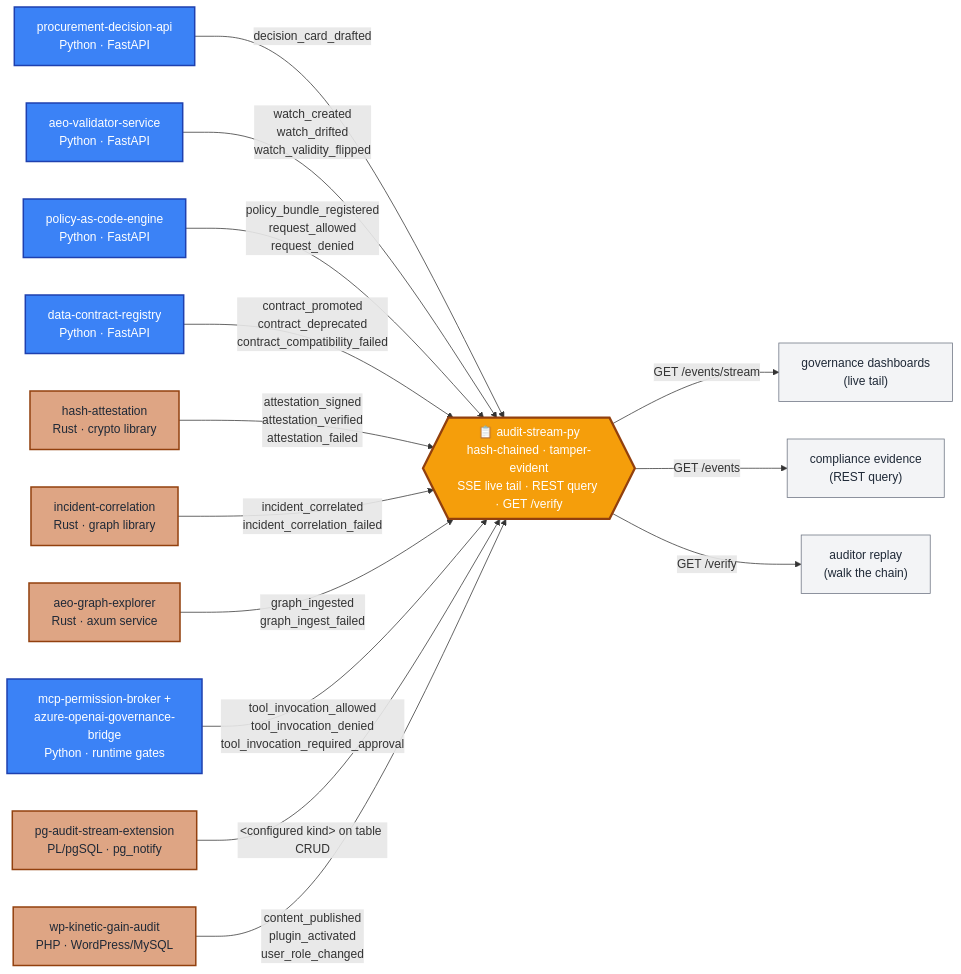
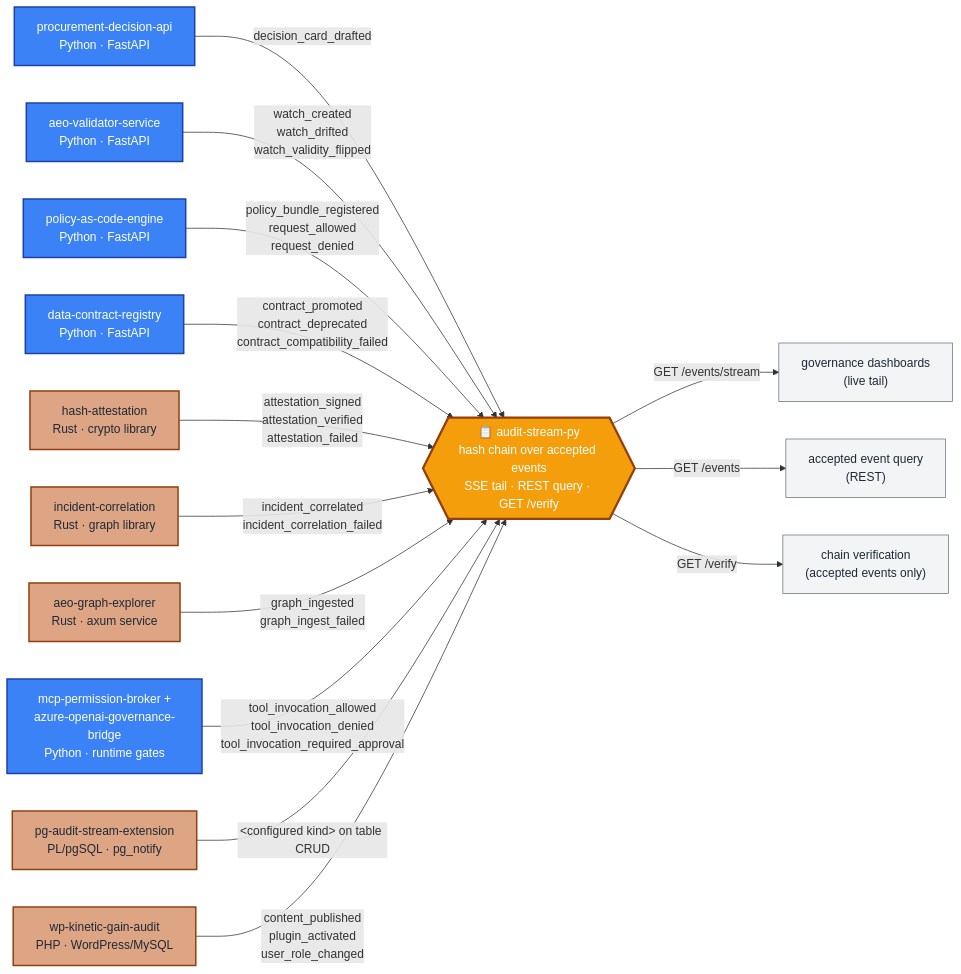
Before and after one commit to mizcausevic-dev/kinetic-gain-protocol-suite: the second of 2 diagrams in README.md, drawn with Mermaid. The commit also changed other lines of this file and 1 other file, not shown here.

````diff
--- a/README.md
+++ b/README.md
@@ -175,35 +175,35 @@
 ```mermaid
 flowchart LR
     classDef pyprod fill:#3b82f6,stroke:#1e40af,color:#fff,stroke-width:2px
     classDef rsprod fill:#dea584,stroke:#92400e,color:#1f2937,stroke-width:2px
     classDef spine fill:#f59e0b,stroke:#92400e,color:#fff,stroke-width:3px
     classDef sink fill:#f3f4f6,stroke:#6b7280,color:#1f2937
 
     PDA["procurement-decision-api<br/>Python · FastAPI"]:::pyprod
     AVS["aeo-validator-service<br/>Python · FastAPI"]:::pyprod
     PCE["policy-as-code-engine<br/>Python · FastAPI"]:::pyprod
     DCR["data-contract-registry<br/>Python · FastAPI"]:::pyprod
     HA["hash-attestation<br/>Rust · crypto library"]:::rsprod
     ICR["incident-correlation<br/>Rust · graph library"]:::rsprod
     AGE["aeo-graph-explorer<br/>Rust · axum service"]:::rsprod
     MPB["mcp-permission-broker +<br/>azure-openai-governance-bridge<br/>Python · runtime gates"]:::pyprod
     PGX["pg-audit-stream-extension<br/>PL/pgSQL · pg_notify"]:::rsprod
     WPA["wp-kinetic-gain-audit<br/>PHP · WordPress/MySQL"]:::rsprod
 
     PDA -->|"decision_card_drafted"| AS
     AVS -->|"watch_created<br/>watch_drifted<br/>watch_validity_flipped"| AS
     PCE -->|"policy_bundle_registered<br/>request_allowed<br/>request_denied"| AS
     DCR -->|"contract_promoted<br/>contract_deprecated<br/>contract_compatibility_failed"| AS
     HA -->|"attestation_signed<br/>attestation_verified<br/>attestation_failed"| AS
     ICR -->|"incident_correlated<br/>incident_correlation_failed"| AS
     AGE -->|"graph_ingested<br/>graph_ingest_failed"| AS
     MPB -->|"tool_invocation_allowed<br/>tool_invocation_denied<br/>tool_invocation_required_approval"| AS
     PGX -->|"&lt;configured kind&gt; on table CRUD"| AS
     WPA -->|"content_published<br/>plugin_activated<br/>user_role_changed"| AS
 
-    AS{{"📋 audit-stream-py<br/>hash-chained · tamper-evident<br/>SSE live tail · REST query · GET /verify"}}:::spine
+    AS{{"📋 audit-stream-py<br/>hash chain over accepted events<br/>SSE tail · REST query · GET /verify"}}:::spine
 
     AS -->|GET /events/stream| LT["governance dashboards<br/>(live tail)"]:::sink
-    AS -->|GET /events| Q["compliance evidence<br/>(REST query)"]:::sink
-    AS -->|GET /verify| V["auditor replay<br/>(walk the chain)"]:::sink
+    AS -->|GET /events| Q["accepted event query<br/>(REST)"]:::sink
+    AS -->|GET /verify| V["chain verification<br/>(accepted events only)"]:::sink
 ```
````
